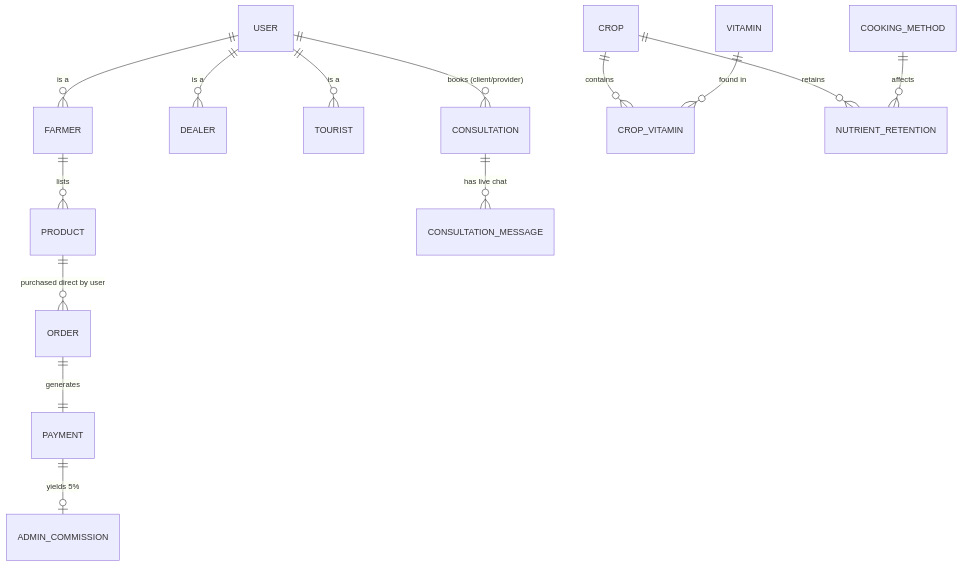
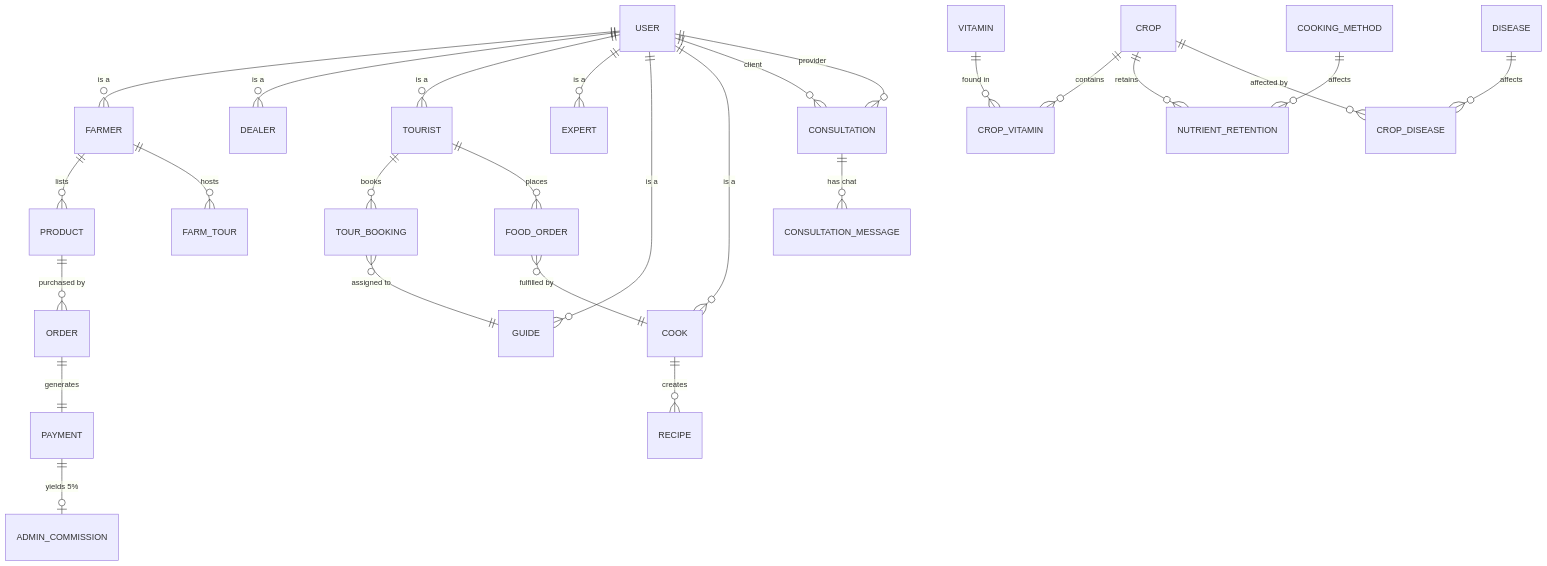
The second of 2 diagrams in README.md (Nazmul1005/Krishi-Disha), drawn with Mermaid before and after one commit. The commit also changed other lines of this file, not shown here.

Commit message:
✨ Rewrite README with visual badges, diagrams, and premium layout

````diff
--- a/README.md
+++ b/README.md
@@ -102,17 +227,28 @@
 ```mermaid
 erDiagram
     USER ||--o{ FARMER : "is a"
     USER ||--o{ DEALER : "is a"
     USER ||--o{ TOURIST : "is a"
+    USER ||--o{ EXPERT : "is a"
+    USER ||--o{ GUIDE : "is a"
+    USER ||--o{ COOK : "is a"
     FARMER ||--o{ PRODUCT : "lists"
-    PRODUCT ||--o{ ORDER : "purchased direct by user"
+    PRODUCT ||--o{ ORDER : "purchased by"
     ORDER ||--|| PAYMENT : "generates"
     PAYMENT ||--o| ADMIN_COMMISSION : "yields 5%"
-    USER ||--o{ CONSULTATION : "books (client/provider)"
-    CONSULTATION ||--o{ CONSULTATION_MESSAGE : "has live chat"
-    
+    FARMER ||--o{ FARM_TOUR : "hosts"
+    TOURIST ||--o{ TOUR_BOOKING : "books"
+    TOUR_BOOKING }o--|| GUIDE : "assigned to"
+    COOK ||--o{ RECIPE : "creates"
+    TOURIST ||--o{ FOOD_ORDER : "places"
+    FOOD_ORDER }o--|| COOK : "fulfilled by"
+    USER ||--o{ CONSULTATION : "client"
+    USER ||--o{ CONSULTATION : "provider"
+    CONSULTATION ||--o{ CONSULTATION_MESSAGE : "has chat"
     CROP ||--o{ CROP_VITAMIN : "contains"
     VITAMIN ||--o{ CROP_VITAMIN : "found in"
     CROP ||--o{ NUTRIENT_RETENTION : "retains"
     COOKING_METHOD ||--o{ NUTRIENT_RETENTION : "affects"
+    CROP ||--o{ CROP_DISEASE : "affected by"
+    DISEASE ||--o{ CROP_DISEASE : "affects"
 ```
````
